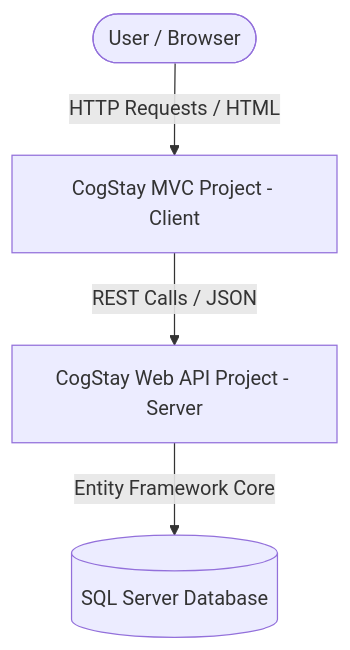
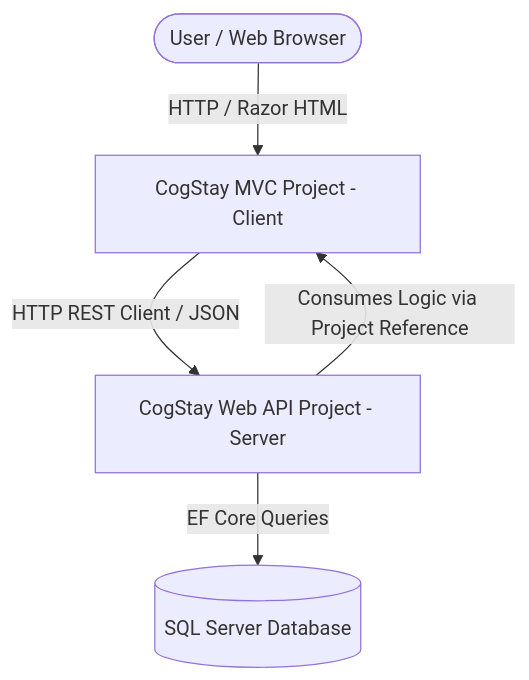
Before and after one commit to Ritesh-SK/Cogstay: the first of 2 diagrams in Documentation/Architecture.md, drawn with Mermaid. The commit also changed other lines of this file and 53 other files, not shown here.

````diff
--- a/Documentation/Architecture.md
+++ b/Documentation/Architecture.md
@@ -11,6 +11,7 @@
 ```mermaid
 graph TD
-    User([User / Browser]) -->|HTTP Requests / HTML| MVC[CogStay MVC Project - Client]
-    MVC -->|REST Calls / JSON| API[CogStay Web API Project - Server]
-    API -->|Entity Framework Core| DB[(SQL Server Database)]
+    User([User / Web Browser]) -->|HTTP / Razor HTML| MVC[CogStay MVC Project - Client]
+    MVC -->|HTTP REST Client / JSON| API[CogStay Web API Project - Server]
+    API -->|Consumes Logic via Project Reference| MVC
+    API -->|EF Core Queries| DB[(SQL Server Database)]
 ```
````
